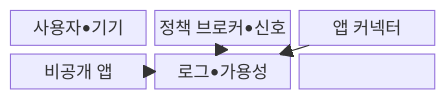
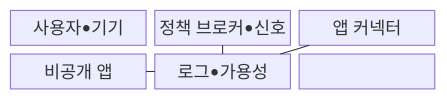
Before and after one commit to agnusdei1207/knowledge-base: the first of 2 diagrams in src/content/docs/notes/05-security/064_ztna.md, drawn with Mermaid. The commit also changed other lines of this file and 493 other files, not shown here.

````diff
--- a/src/content/docs/notes/05-security/064_ztna.md
+++ b/src/content/docs/notes/05-security/064_ztna.md
@@ -63,13 +63,13 @@
 ```mermaid
 block-beta
   columns 3
   A["사용자•기기"]
   B["정책 브로커•신호"]
   C["앱 커넥터"]
   D["비공개 앱"]
   E["로그•가용성"]
-  A --> B --> C --> D
-  B --> E
-  C --> E
-  D --> E
+  A --- B --- C --- D
+  B --- E
+  C --- E
+  D --- E
 ```
````
